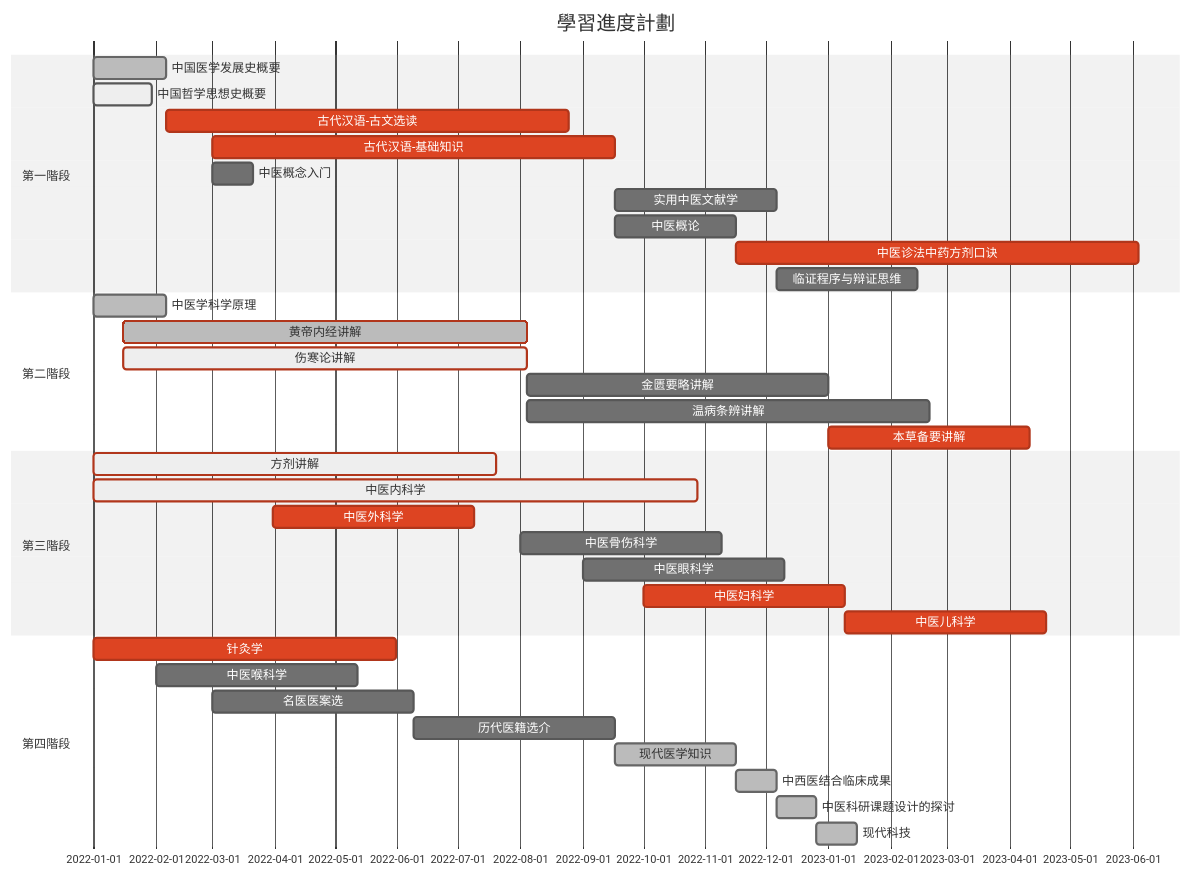
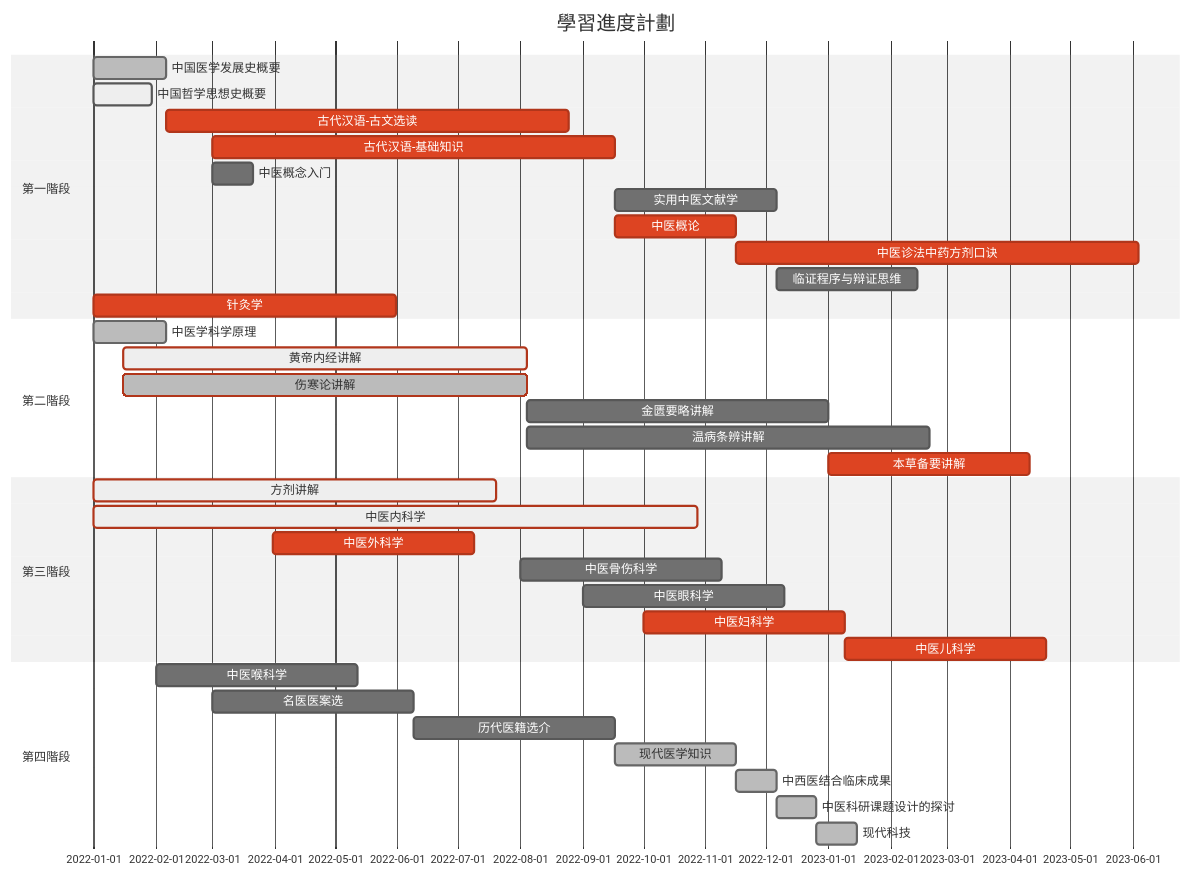
The diagram in README.md (Franklyzzm/GMZYhsjcXx), drawn with Mermaid (neutral theme) before and after one commit.

````diff
--- a/README.md
+++ b/README.md
@@ -71,48 +71,50 @@
 ```mermaid
 %% Example with selection of syntaxes
-  %% 用 KS 考試，KC 考察，ZX 自修，
+%% 用 KS 考試，KC 考察，ZX 自修，
+%% 狀態:  ,crit,active,done,
 
     gantt
     dateFormat  MM-DD
     title 學習進度計劃
 
-  %% 用 1學時 用 1d 表示
+%% 用 1學時 用 1d 表示
 
     section 第一階段
     中国医学发展史概要    :done,    kc-yxfz, 01-01, 36d
     中国哲学思想史概要    :active,  kc-zxsx, 01-01, 01-30
     古代汉语-古文选读     :crit,    ks-gwxd, after kc-yxfz, 200d
     古代汉语-基础知识     :crit,    ks-hyjc, 03-01, 200d
     中医概念入门          :         rm, 03-01, 20d 
     实用中医文献学        :         zx-zywx, after ks-hyjc, 80d
-    中医概论          :         zx-zygl, after ks-hyjc, 60d
+    中医概论              :crit,    zx-zygl, after ks-hyjc, 60d
     中医诊法中药方剂口诀  :crit,    ks-kj, after zx-zygl, 200d
     临证程序与辩证思维    :         zx-lzcx, after zx-zywx, 70d
+    针灸学                :crit,    ks-zj, 01-01, 150d
 
     section 第二階段
-    中医学科学原理         :done,          zx-kxyl, 01-01, 36d
-    黄帝内经讲解           :crit, done,    ks-hdnj, 01-16, 200d
-    伤寒论讲解             :crit, active,  ks-shl, 01-16, 200d
-    金匮要略讲解           :               ks-jkyl, after ks-shl, 150d
-    温病条辨讲解           :               ks-wbtb, after ks-shl, 200d
-    本草备要讲解           :crit,          ks-bcby, after ks-jkyl,100d
+    中医学科学原理    :done,          zx-kxyl, 01-01, 36d
+    黄帝内经讲解      :crit, active,  ks-hdnj, 01-16, 200d
+    伤寒论讲解        :crit, done,    ks-shl, 01-16, 200d
+    金匮要略讲解      :               ks-jkyl, after ks-shl, 150d
+    温病条辨讲解      :               ks-wbtb, after ks-shl, 200d
+    本草备要讲解      :crit,          ks-bcby, after ks-jkyl,100d
 
     section 第三階段
-    方剂讲解           :crit, active,  ks-fj, 01-01, 200d
-    中医内科学         :crit, active,  ks-nk, 01-01, 300d
-    中医外科学         :crit,          ks-wk, 03-31, 100d
-    中医骨伤科学       :               kc-gsk, 08-01, 100d
-    中医眼科学         :               kc-yk, 09-01, 100d
-    中医妇科学         :crit,          ks-fk, 10-01, 100d
-    中医儿科学         :crit,          ks-ek, after ks-fk, 100d
+    方剂讲解        :crit, active,  ks-fj, 01-01, 200d
+    中医内科学      :crit, active,  ks-nk, 01-01, 300d
+    中医外科学      :crit,          ks-wk, 03-31, 100d
+    中医骨伤科学    :               kc-gsk, 08-01, 100d
+    中医眼科学      :               kc-yk, 09-01, 100d
+    中医妇科学      :crit,          ks-fk, 10-01, 100d
+    中医儿科学      :crit,          ks-ek, after ks-fk, 100d
 
     section 第四階段
-    针灸学                    :crit,  ks-zj, 01-01, 150d
-    中医喉科学                :       kc-hk, 02-01, 100d
-    名医医案选                :       zx-ya, 03-01, 100d
-    历代医籍选介              :       zx-yj, after zx-ya, 100d
-    现代医学知识              :done, 60d
-    中西医结合临床成果        :done, 20d
-    中医科研课题设计的探讨    :done, 20d
-    现代科技                  :done, 20d
+%%  针灸学                  :crit,  ks-zj, 01-01, 150d
+    中医喉科学              :       kc-hk, 02-01, 100d
+    名医医案选              :       zx-ya, 03-01, 100d
+    历代医籍选介            :       zx-yj, after zx-ya, 100d
+    现代医学知识            :done,  60d
+    中西医结合临床成果      :done,  20d
+    中医科研课题设计的探讨  :done,  20d
+    现代科技                :done,  20d
 ```
````
